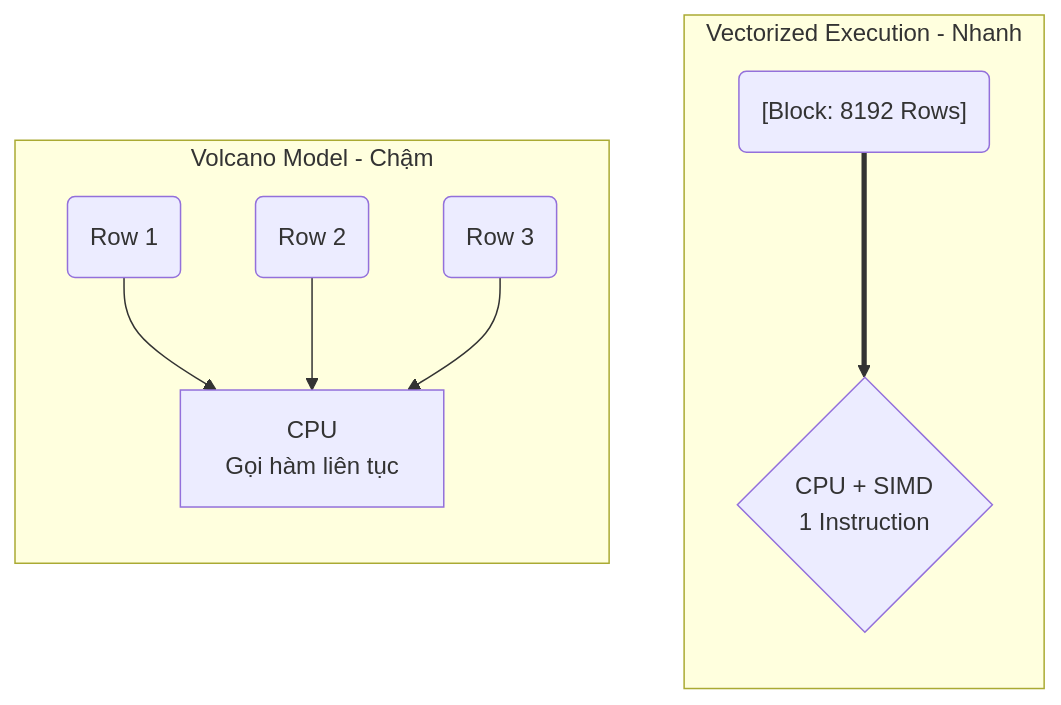
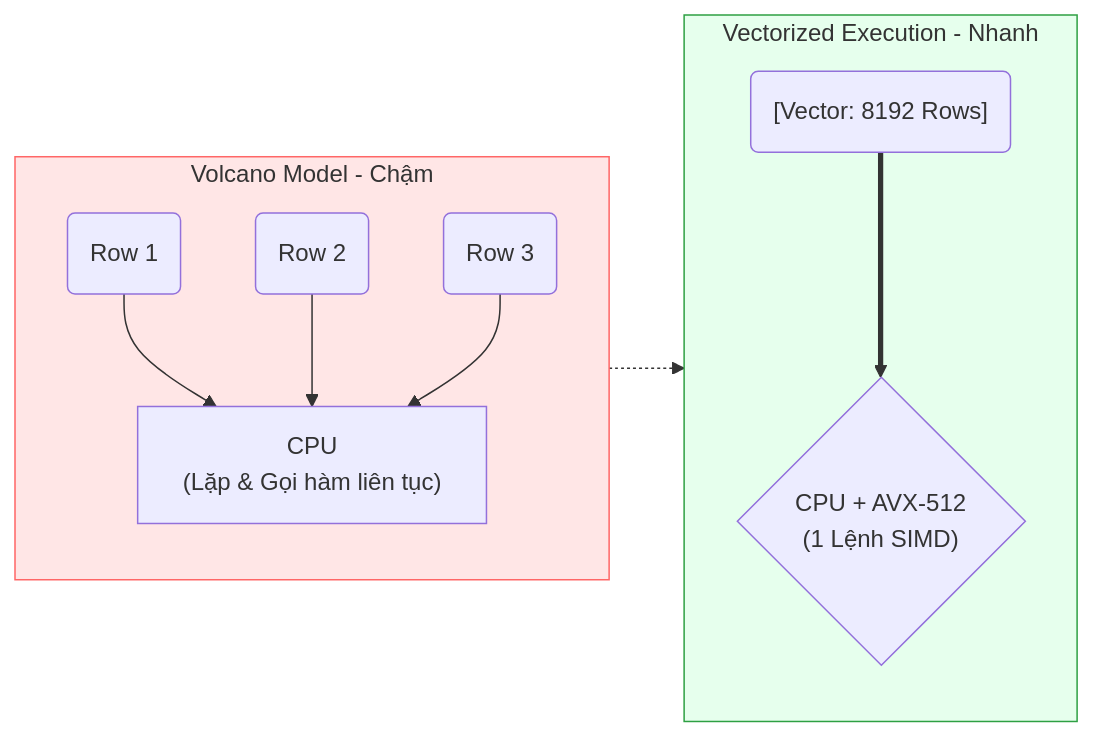
The first of 2 diagrams in src/content/docs/concepts/3-storage-engines-formats/olap.md (kythuatdulieu/kythuatdulieu.github.io), drawn with Mermaid before and after one commit. The commit also changed other lines of this file and 228 other files, not shown here.

Commit message:
Fix syntax and rewrite 200+ concepts docs to deep-dive system architecture and add GA4 tracking to quiz app

````diff
--- a/src/content/docs/concepts/3-storage-engines-formats/olap.md
+++ b/src/content/docs/concepts/3-storage-engines-formats/olap.md
@@ -38,14 +38,17 @@
 ```mermaid
 flowchart LR
     subgraph Row_Based["Volcano Model - Chậm"]
         direction TB
-        R1("Row 1") --> CPU1["CPU \n Gọi hàm liên tục"]
+        R1("Row 1") --> CPU1["CPU \n (Lặp & Gọi hàm liên tục)"]
         R2("Row 2") --> CPU1
         R3("Row 3") --> CPU1
     end
 
     subgraph Vectorized["Vectorized Execution - Nhanh"]
-        V1("[Block: 8192 Rows]") ===> CPU2{"CPU + SIMD \n 1 Instruction"}
+        V1("[Vector: 8192 Rows]") ===> CPU2{"CPU + AVX-512 \n (1 Lệnh SIMD)"}
     end
-    Row_Based ~~~ Vectorized
+    Row_Based -.-> Vectorized
+    
+    style Row_Based fill:#ffe6e6,stroke:#ff6666
+    style Vectorized fill:#e6ffed,stroke:#2ea043
 ```
````
